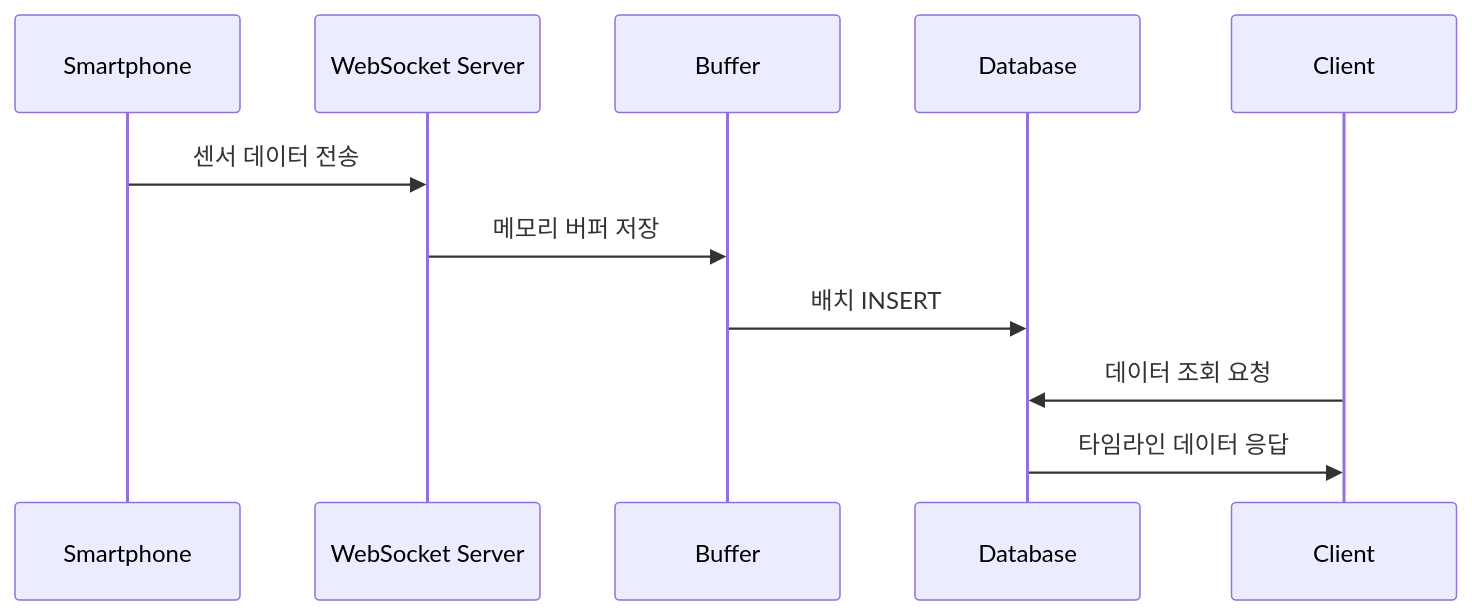
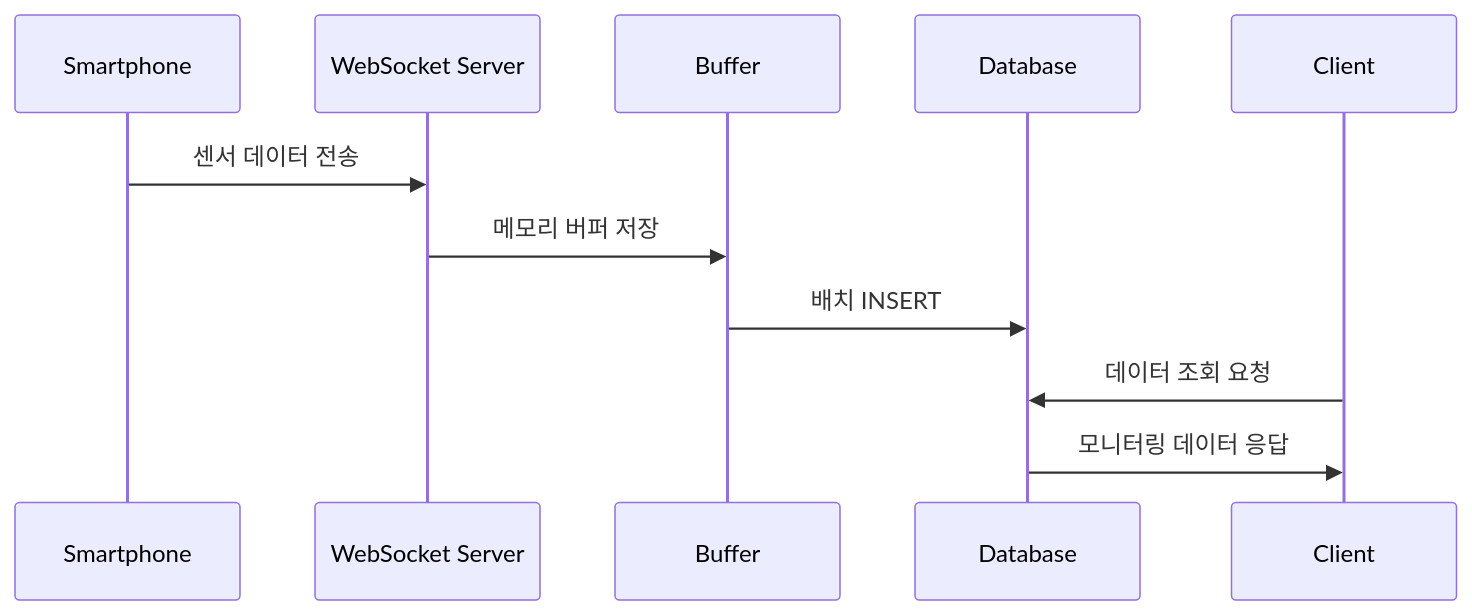
The second of 2 diagrams in README.md (DongHyunTedKim/amrqc-befe), drawn with Mermaid before and after one commit. The commit also changed other lines of this file and 6 other files, not shown here.

Commit message:
Update Timeline Domain to Monitoring Domain

````diff
--- a/README.md
+++ b/README.md
@@ -172,14 +172,14 @@
 ```mermaid
 sequenceDiagram
     participant S as Smartphone
     participant W as WebSocket Server
     participant B as Buffer
     participant D as Database
     participant C as Client
 
     S->>W: 센서 데이터 전송
     W->>B: 메모리 버퍼 저장
     B->>D: 배치 INSERT
     C->>D: 데이터 조회 요청
-    D->>C: 타임라인 데이터 응답
+    D->>C: 모니터링 데이터 응답
 ```
````
